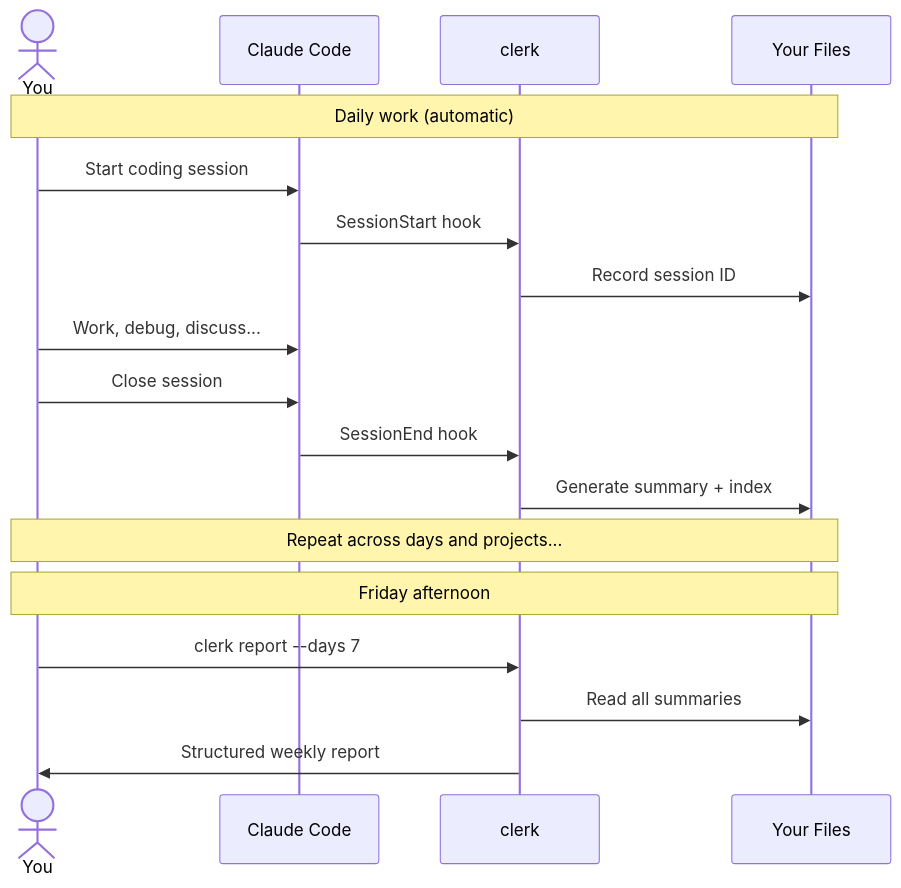
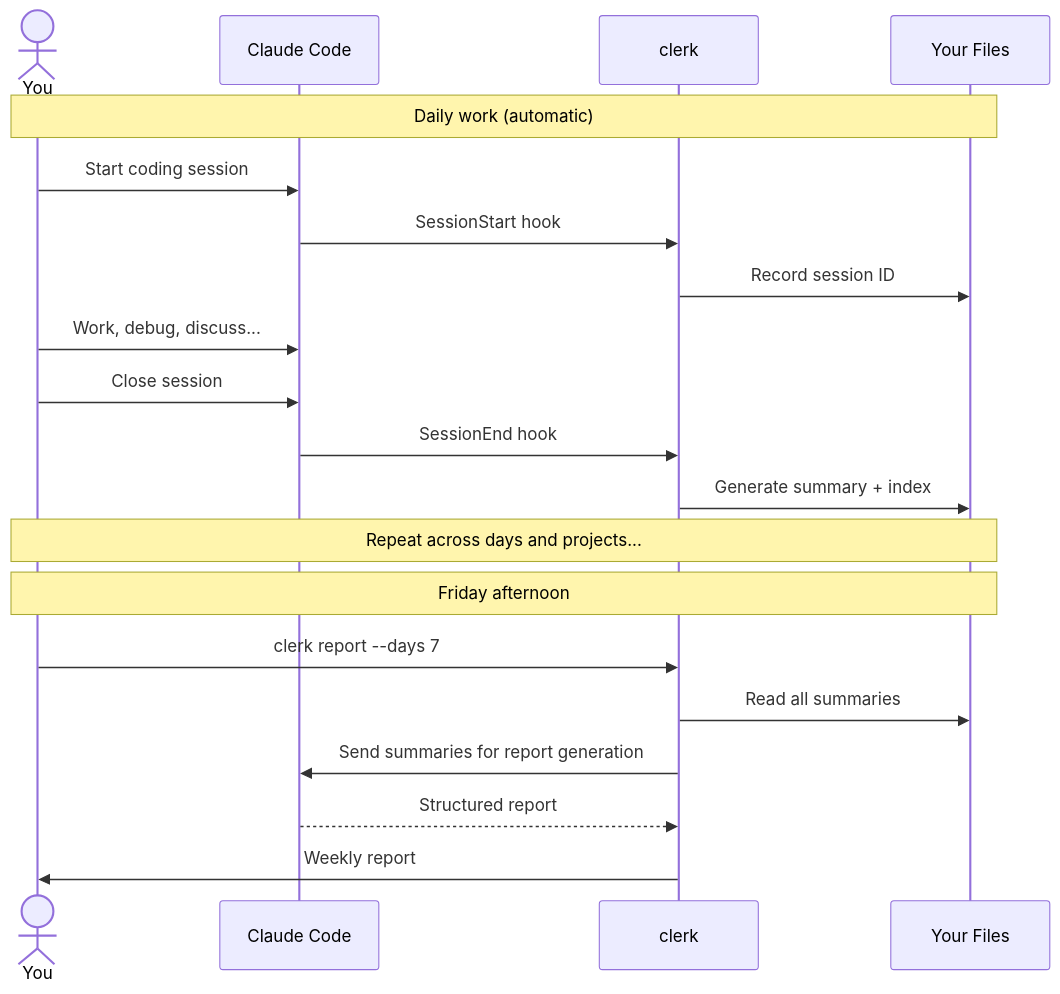
Before and after one commit to vulcanshen/clerk: the second of 2 diagrams in README.md, drawn with Mermaid. The commit also changed 3 other files, not shown here.

Commit message:
docs: add Claude report generation step to user journey diagram

````diff
--- a/README.md
+++ b/README.md
@@ -91,24 +91,26 @@
 ```mermaid
 sequenceDiagram
     actor You
     participant CC as Claude Code
     participant clerk
     participant Files as Your Files
 
     Note over You,Files: Daily work (automatic)
     You->>CC: Start coding session
     CC->>clerk: SessionStart hook
     clerk->>Files: Record session ID
 
     You->>CC: Work, debug, discuss...
     You->>CC: Close session
     CC->>clerk: SessionEnd hook
     clerk->>Files: Generate summary + index
 
     Note over You,Files: Repeat across days and projects...
 
     Note over You,Files: Friday afternoon
     You->>clerk: clerk report --days 7
     clerk->>Files: Read all summaries
-    clerk->>You: Structured weekly report
+    clerk->>CC: Send summaries for report generation
+    CC-->>clerk: Structured report
+    clerk->>You: Weekly report
 ```
````
